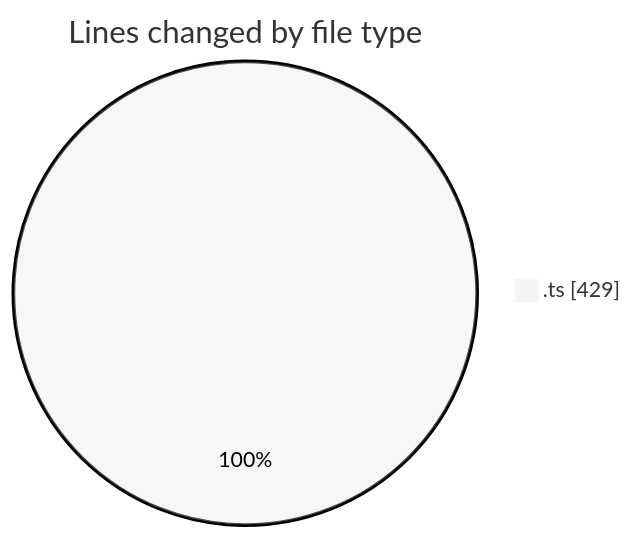
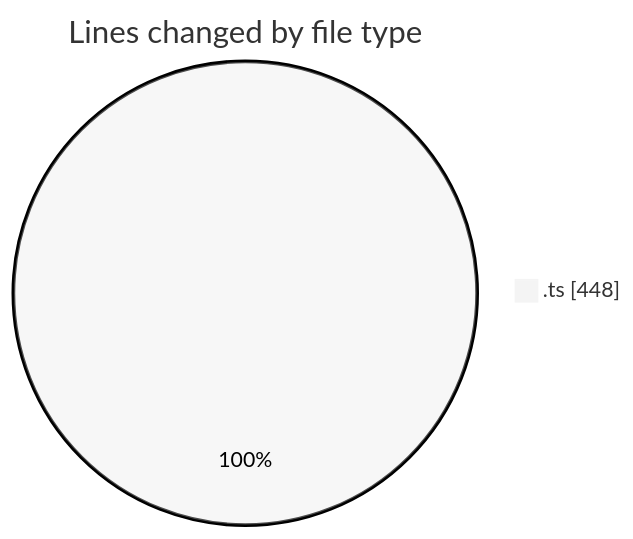
Before and after one commit to tmsrecording-cyber/code-tracking: the first of 2 diagrams in 2026-02-09/singularitybrainai/README.md, drawn with Mermaid (neutral theme). The commit also changed other lines of this file and 1 other file, not shown here.

````diff
--- a/2026-02-09/singularitybrainai/README.md
+++ b/2026-02-09/singularitybrainai/README.md
@@ -22,5 +22,5 @@
 ```mermaid
 pie showData
 title Lines changed by file type
-".ts" : 429
+".ts" : 448
 ```
````
